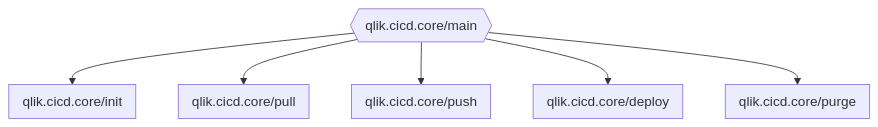
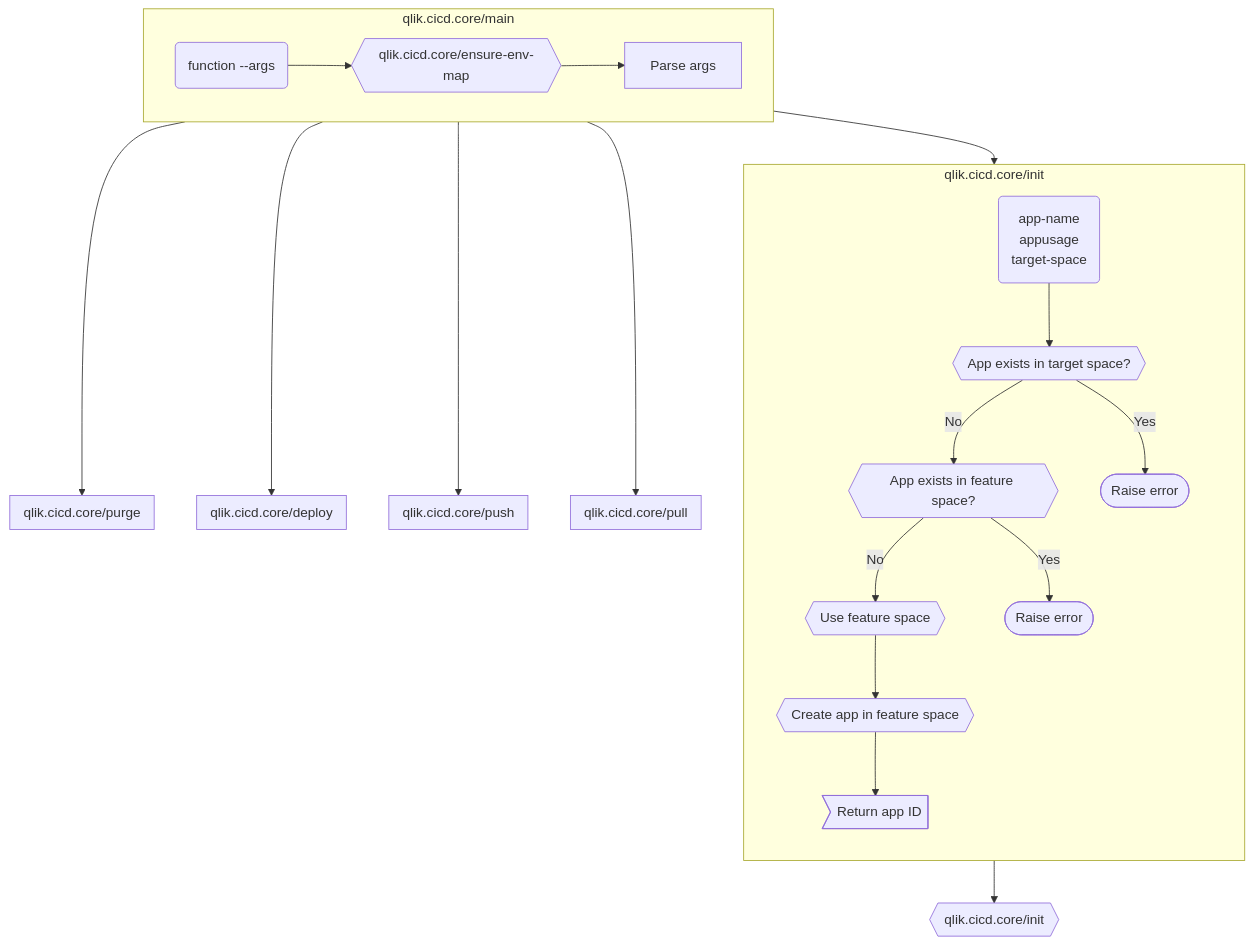
One commit to mattiasthalen/qlik-cicd-cli changed the diagram in README.md. Above: the diagram before and after it, drawn with Mermaid.

Commit message:
Refactor command flow diagrams for clarity and structure

````diff
--- a/README.md
+++ b/README.md
@@ -4,25 +4,51 @@
 ```mermaid
 flowchart TD
-    main@{shape: prepare, label: "qlik.cicd.core/main"}
+
+    subgraph main[qlik.cicd.core/main]
+        main__input@{shape: event, label: "function --args"}
+        main__ensure_env_map@{shape: prepare, label: "qlik.cicd.core/ensure-env-map"}
+        main__parse_args@{shape: process, label: "Parse args"}
+
+        main__input --> main__ensure_env_map --> main__parse_args
+    end
     
     subgraph init[qlik.cicd.core/init]
+        direction TB
+        init__input@{shape: event, label: "app-name\nappusage\ntarget-space"}
+        init__app_exists__target@{shape: prepare, label: "App exists in target space?"}
+        init__app_exists__feature@{shape: prepare, label: "App exists in feature space?"}
+        init__use_space__feature@{shape: prepare, label: "Use  feature space"}
+        init__create_app@{shape: prepare, label: "Create app in feature space"}
+        init__return__success@{shape: odd, label: "Return app ID"}        
+        init__return__failure__target@{shape: terminal, label: "Raise error"}
+        init__return__failure__feature@{shape: terminal, label: "Raise error"}
+
+        init__input --> init__app_exists__target
+        init__app_exists__target -->|No| init__app_exists__feature
+        init__app_exists__target -->|Yes| init__return__failure__target
+        init__app_exists__feature -->|No| init__use_space__feature
+        init__app_exists__feature -->|Yes| init__return__failure__feature
+        init__use_space__feature --> init__create_app
+        init__create_app --> init__return__success
+
     end
 
     subgraph pull[qlik.cicd.core/pull]
     end
 
     subgraph push[qlik.cicd.core/push]
     end
 
     subgraph deploy[qlik.cicd.core/deploy]
     end
 
     subgraph purge[qlik.cicd.core/purge]
     end
 
-    main --> init
+
+    main --> init --> init__pull@{shape: prepare, label: "qlik.cicd.core/init"}
     main --> pull
     main --> push
     main --> deploy
     main --> purge
 ```
````
